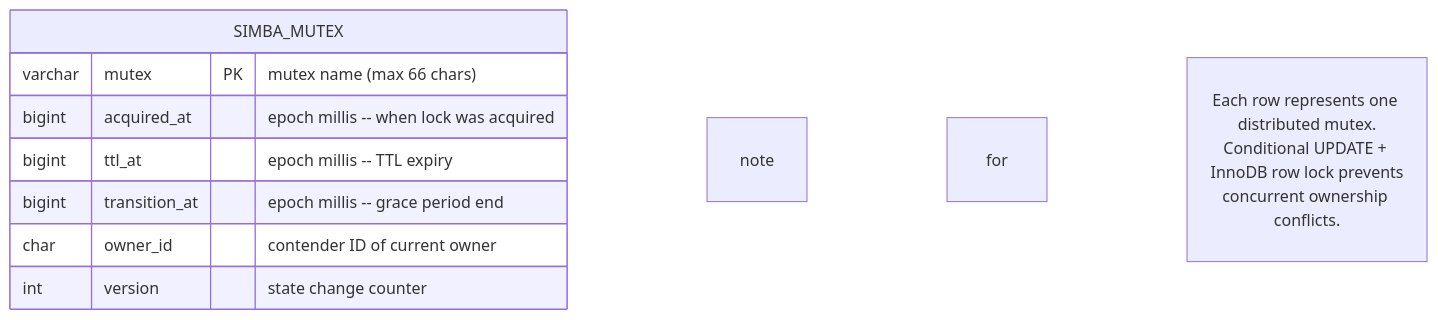
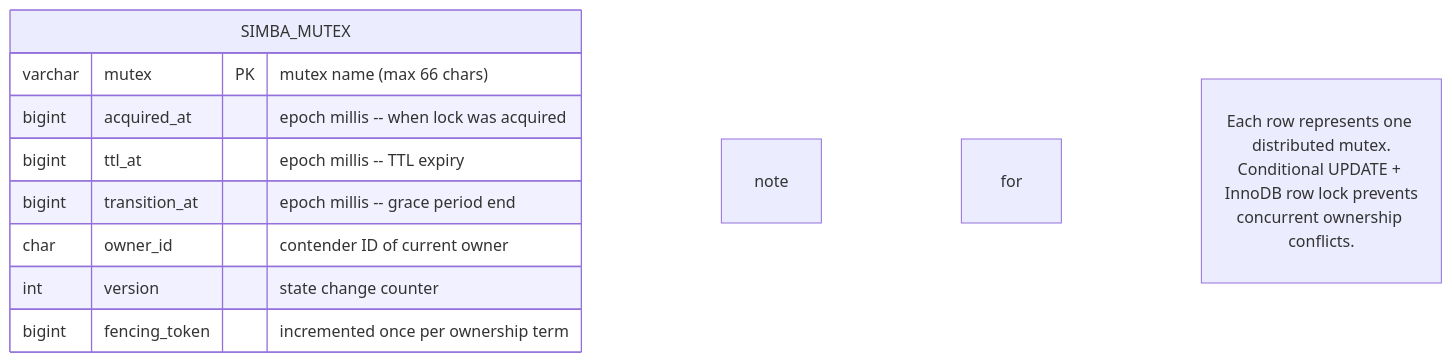
Before and after one commit to Ahoo-Wang/Simba: the first of 2 diagrams in wiki/modules/simba-jdbc.md, drawn with Mermaid. The commit also changed other lines of this file and 20 other files, not shown here.

````diff
--- a/wiki/modules/simba-jdbc.md
+++ b/wiki/modules/simba-jdbc.md
@@ -32,13 +33,14 @@
 ```mermaid
 erDiagram
     SIMBA_MUTEX {
         varchar mutex PK "mutex name (max 66 chars)"
         bigint acquired_at "epoch millis -- when lock was acquired"
         bigint ttl_at "epoch millis -- TTL expiry"
         bigint transition_at "epoch millis -- grace period end"
         char owner_id "contender ID of current owner"
         int version "state change counter"
+        bigint fencing_token "incremented once per ownership term"
     }
 
     note for SIMBA_MUTEX "Each row represents one distributed mutex.<br>Conditional UPDATE + InnoDB row lock prevents<br>concurrent ownership conflicts."
 ```
````
